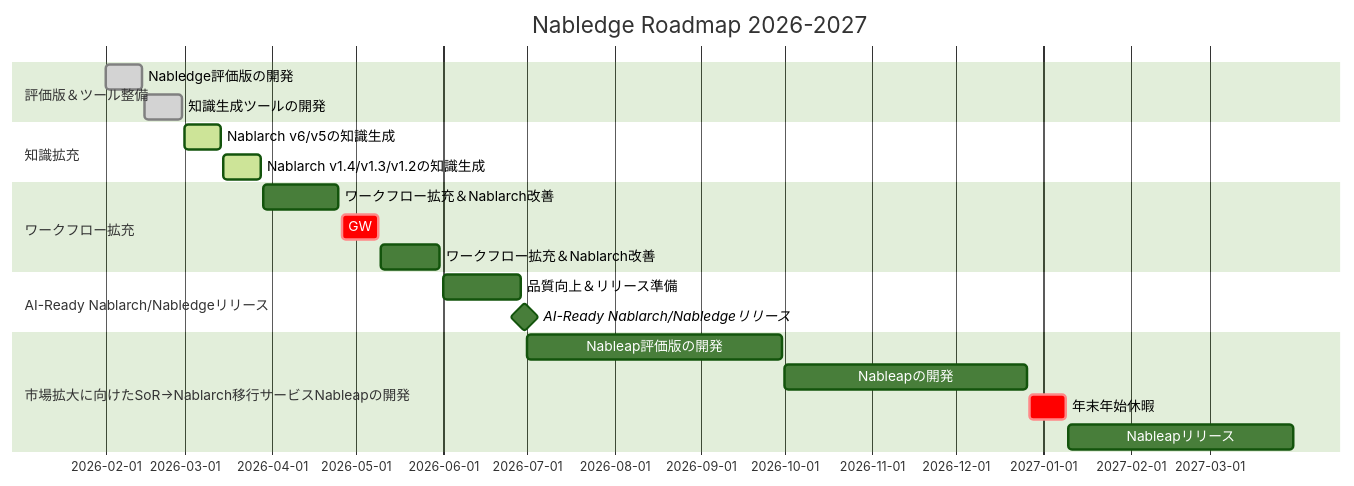
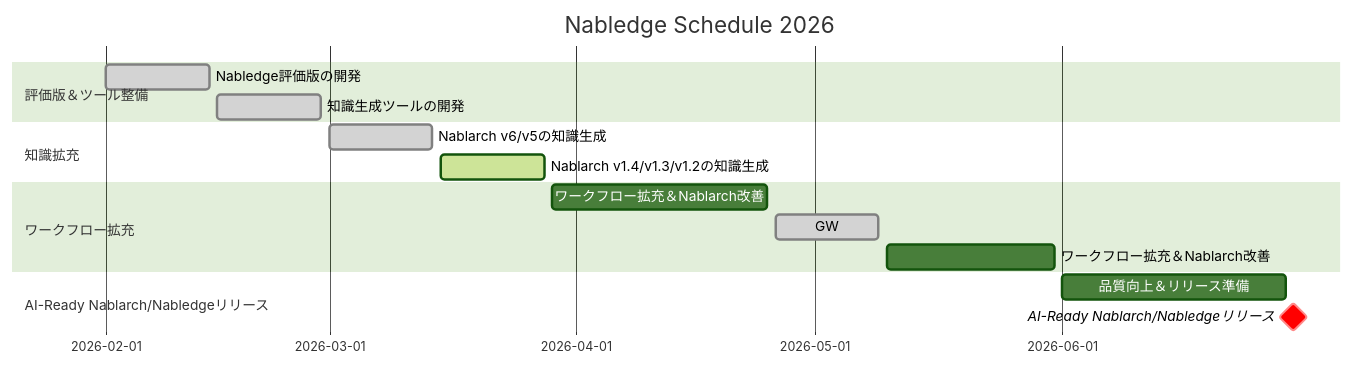
One commit to nablarch/nabledge-dev changed the diagram in docs/development-status.md. Above: the diagram before and after it, drawn with Mermaid (forest theme). The commit also changed other lines of this file and 4 other files, not shown here.

````diff
--- a/docs/development-status.md
+++ b/docs/development-status.md
@@ -19,28 +19,22 @@
 ```mermaid
 gantt
-    title Nabledge Roadmap 2026-2027
+    title Nabledge Schedule 2026
     dateFormat YYYY-MM-DD
 
     section 評価版＆ツール整備
     Nabledge評価版の開発             :done, 2026-02-01, 2026-02-14
     知識生成ツールの開発             :done, 2026-02-15, 2026-02-28
 
     section 知識拡充
-    Nablarch v6/v5の知識生成        :active, 2026-03-01, 2026-03-14
+    Nablarch v6/v5の知識生成        :done, 2026-03-01, 2026-03-14
     Nablarch v1.4/v1.3/v1.2の知識生成 :active, 2026-03-15, 2026-03-28
 
     section ワークフロー拡充
     ワークフロー拡充＆Nablarch改善    :2026-03-29, 2026-04-25
-    GW                             :crit, 2026-04-26, 2026-05-09
+    GW                             :done, 2026-04-26, 2026-05-09
     ワークフロー拡充＆Nablarch改善    :2026-05-10, 2026-05-31
 
     section AI-Ready Nablarch/Nabledgeリリース
     品質向上＆リリース準備                        :2026-06-01, 2026-06-29
-    AI-Ready Nablarch/Nabledgeリリース          :milestone, 2026-06-30, 0d
-
-    section 市場拡大に向けたSoR→Nablarch移行サービスNableapの開発
-    Nableap評価版の開発             :2026-07-01, 2026-09-30
-    Nableapの開発                  :2026-10-01, 2026-12-26
-    年末年始休暇                    :crit, 2026-12-27, 2027-01-09
-    Nableapリリース                :2027-01-10, 2027-03-31
+    AI-Ready Nablarch/Nabledgeリリース          :crit, milestone, 2026-06-30, 0d
 ```
````
